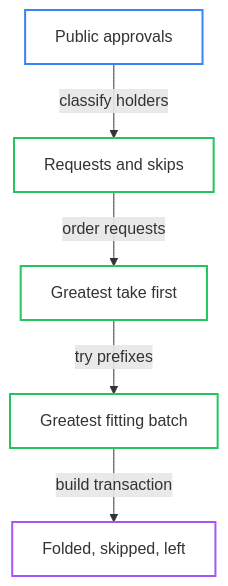
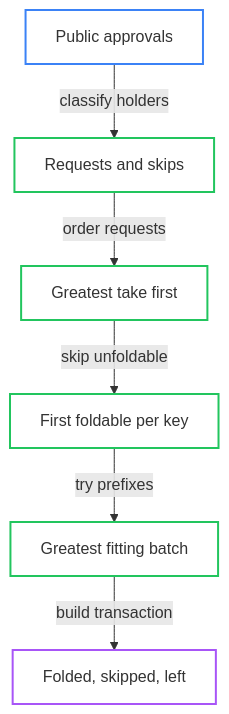
The fifth of 8 diagrams in docs/registry-commands.md (lambdasistemi/singular), drawn with Mermaid before and after one commit. The commit also changed other lines of this file and 10 other files, not shown here.

Commit message:
feat(fold): skip individually unfoldable public requests

````diff
--- a/docs/registry-commands.md
+++ b/docs/registry-commands.md
@@ -162,13 +169,14 @@
 ```mermaid
 flowchart TB
     A[Public approvals] -->|classify holders| B[Requests and skips]
     B -->|order requests| C[Greatest take first]
-    C -->|try prefixes| D[Greatest fitting batch]
-    D -->|build transaction| E[Folded, skipped, left]
+    C -->|skip unfoldable| D[First foldable per key]
+    D -->|try prefixes| E[Greatest fitting batch]
+    E -->|build transaction| F[Folded, skipped, left]
     classDef chain fill:transparent,stroke:#3b82f6,stroke-width:2px
     classDef selection fill:transparent,stroke:#22c55e,stroke-width:2px
     classDef receipt fill:transparent,stroke:#a855f7,stroke-width:2px
     class A chain
-    class B,C,D selection
-    class E receipt
+    class B,C,D,E selection
+    class F receipt
 ```
````
